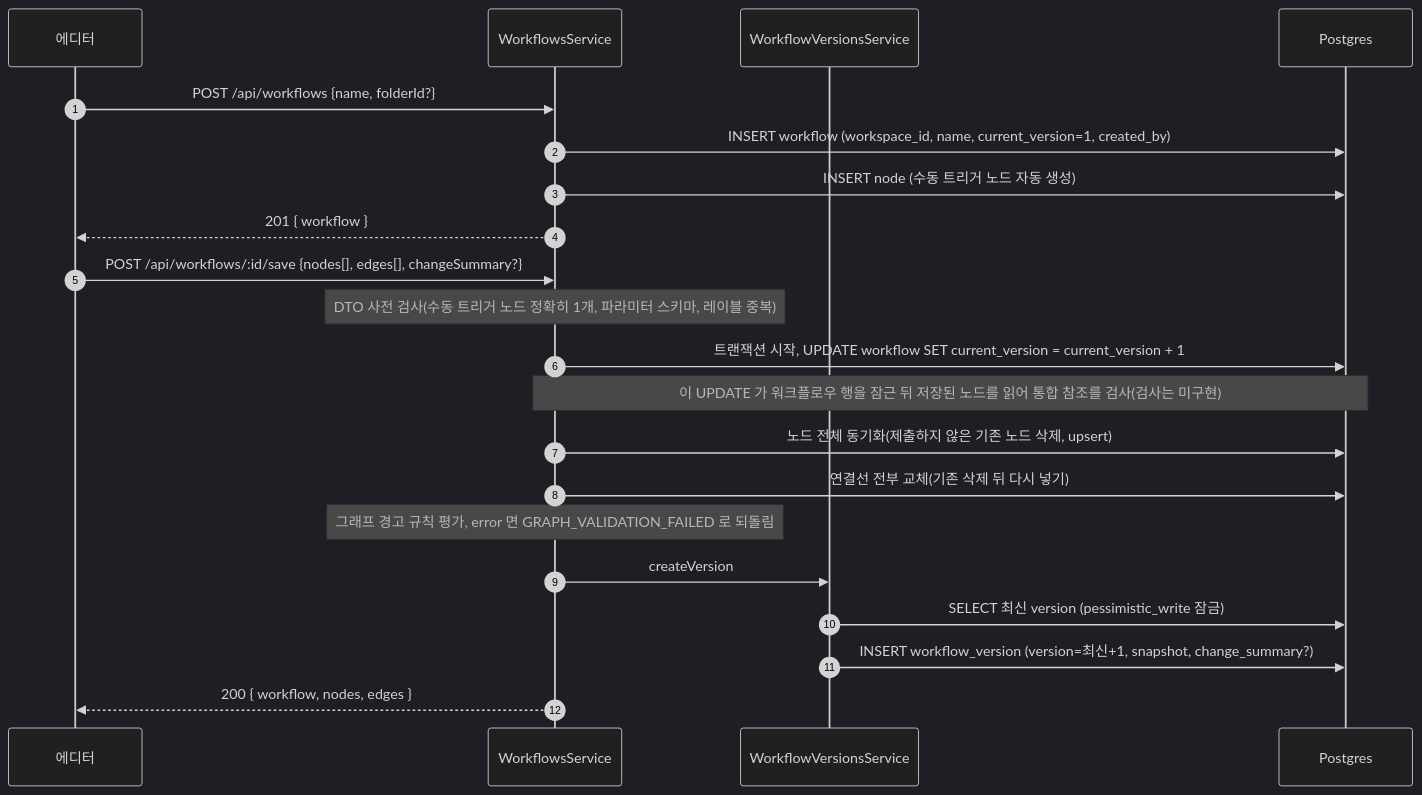
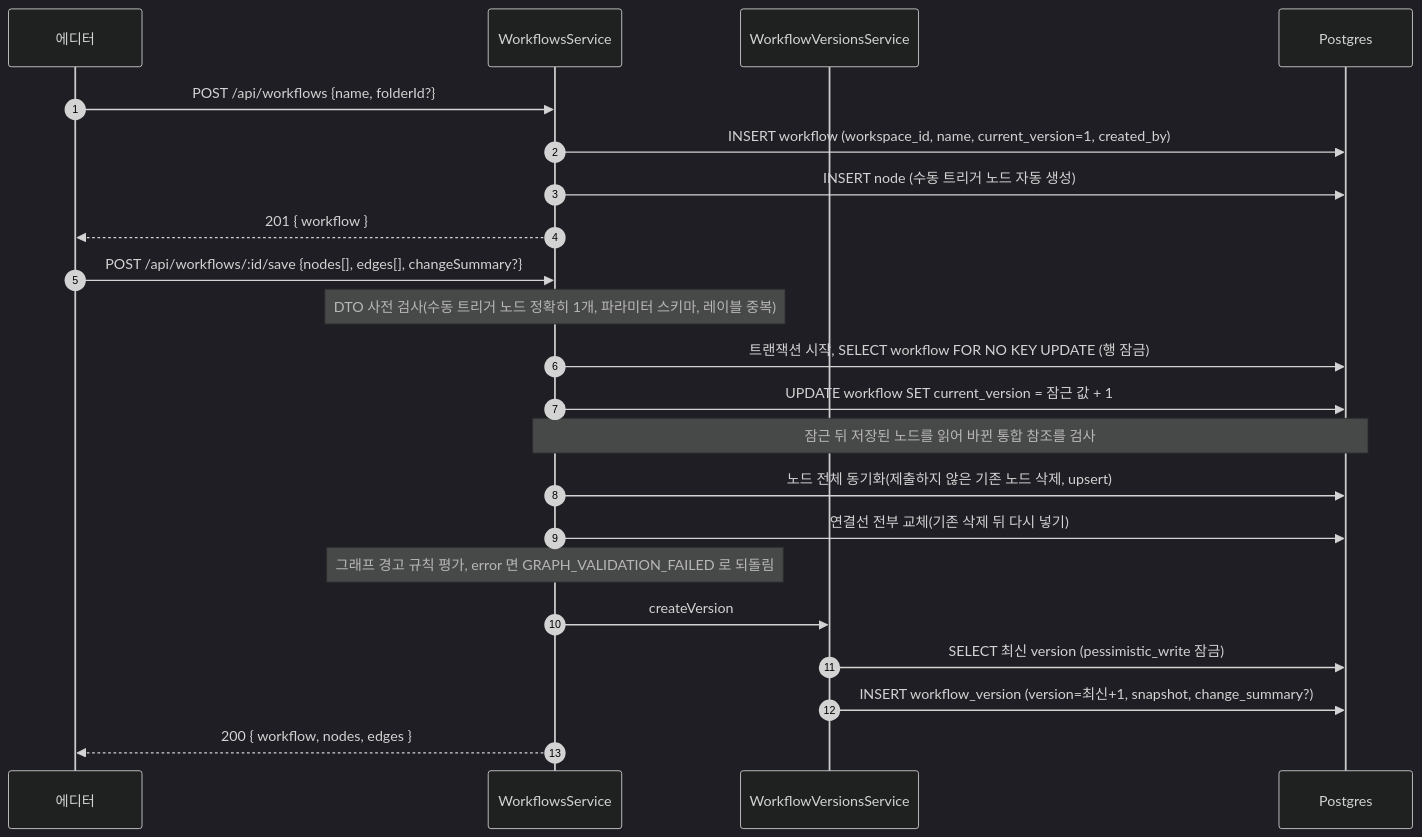
Before and after one commit to worker-ants/clemvion: the second of 3 diagrams in spec/CLE-WF/CLE-WF-DATA.md, drawn with Mermaid (dark theme). The commit also changed other lines of this file and 21 other files, not shown here.

````diff
--- a/spec/CLE-WF/CLE-WF-DATA.md
+++ b/spec/CLE-WF/CLE-WF-DATA.md
@@ -199,23 +199,24 @@
 ```mermaid
 sequenceDiagram
   autonumber
   participant C as 에디터
   participant Wf as WorkflowsService
   participant Ver as WorkflowVersionsService
   participant PG as Postgres
   C->>Wf: POST /api/workflows {name, folderId?}
   Wf->>PG: INSERT workflow (workspace_id, name, current_version=1, created_by)
   Wf->>PG: INSERT node (수동 트리거 노드 자동 생성)
   Wf-->>C: 201 { workflow }
   C->>Wf: POST /api/workflows/:id/save {nodes[], edges[], changeSummary?}
   Note over Wf: DTO 사전 검사(수동 트리거 노드 정확히 1개, 파라미터 스키마, 레이블 중복)
-  Wf->>PG: 트랜잭션 시작, UPDATE workflow SET current_version = current_version + 1
-  Note over Wf,PG: 이 UPDATE 가 워크플로우 행을 잠근 뒤 저장된 노드를 읽어 통합 참조를 검사(검사는 미구현)
+  Wf->>PG: 트랜잭션 시작, SELECT workflow FOR NO KEY UPDATE (행 잠금)
+  Wf->>PG: UPDATE workflow SET current_version = 잠근 값 + 1
+  Note over Wf,PG: 잠근 뒤 저장된 노드를 읽어 바뀐 통합 참조를 검사
   Wf->>PG: 노드 전체 동기화(제출하지 않은 기존 노드 삭제, upsert)
   Wf->>PG: 연결선 전부 교체(기존 삭제 뒤 다시 넣기)
   Note over Wf: 그래프 경고 규칙 평가, error 면 GRAPH_VALIDATION_FAILED 로 되돌림
   Wf->>Ver: createVersion
   Ver->>PG: SELECT 최신 version (pessimistic_write 잠금)
   Ver->>PG: INSERT workflow_version (version=최신+1, snapshot, change_summary?)
   Wf-->>C: 200 { workflow, nodes, edges }
 ```
````
